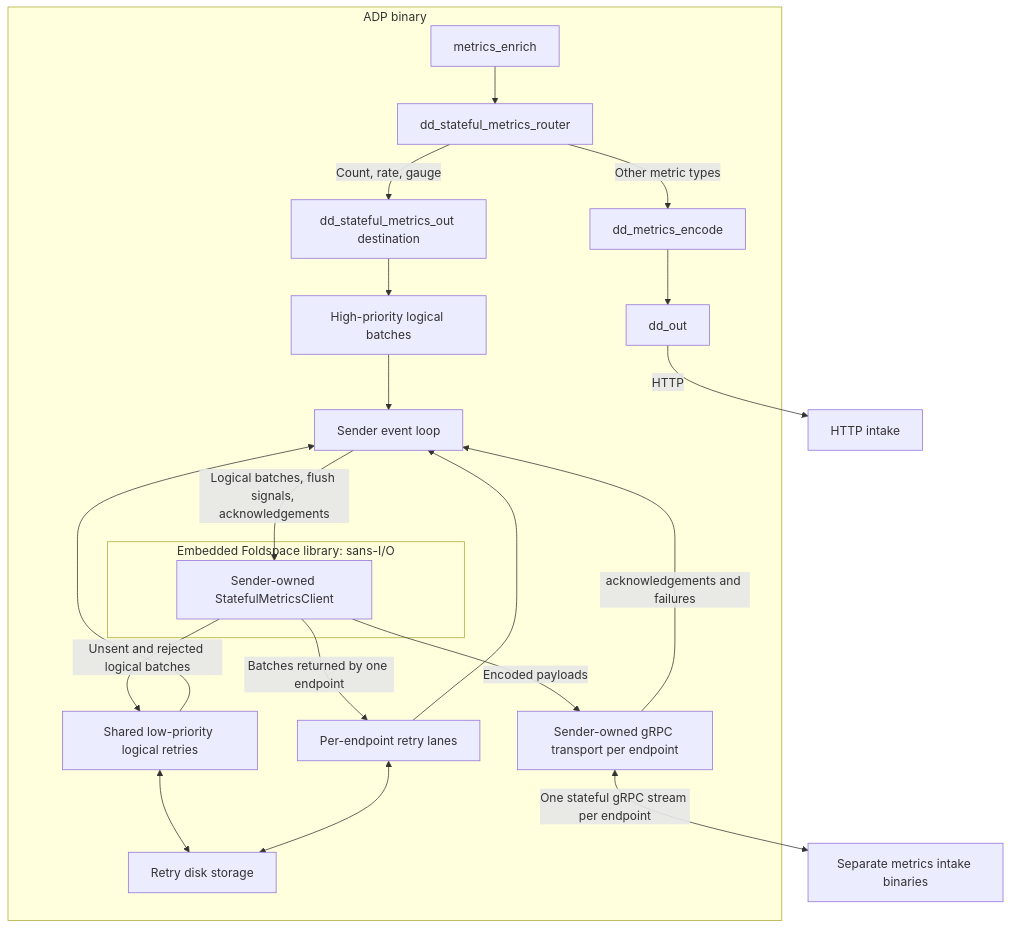
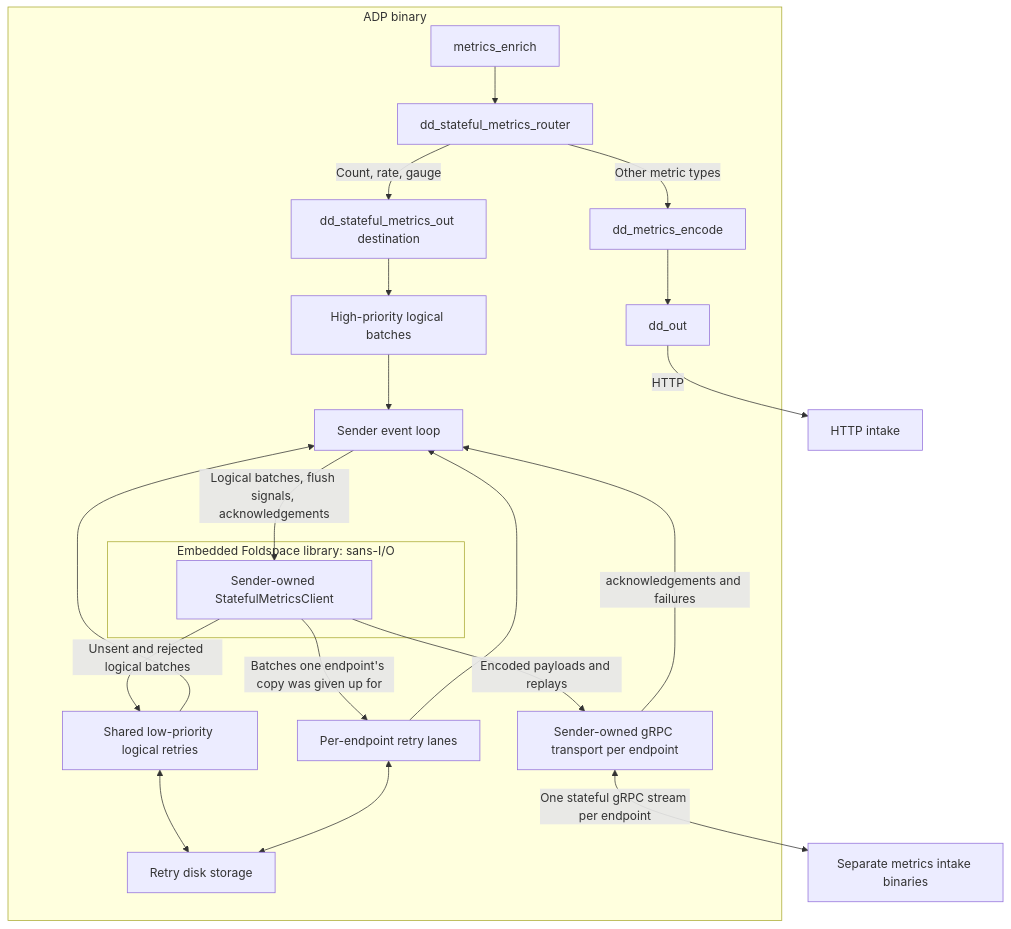
One commit to DataDog/saluki changed the diagram in docs/development/stateful-metrics.md. Above: the diagram before and after it, drawn with Mermaid. The commit also changed other lines of this file and 13 other files, not shown here.

````diff
--- a/docs/development/stateful-metrics.md
+++ b/docs/development/stateful-metrics.md
@@ -11,25 +11,25 @@
 ```mermaid
 flowchart TB
     subgraph ADP[ADP binary]
         Enrich[metrics_enrich] --> Route[dd_stateful_metrics_router]
         Route -->|Count, rate, gauge| Sender[dd_stateful_metrics_out destination]
         Route -->|Other metric types| Encode[dd_metrics_encode]
         Encode --> Out[dd_out]
         Sender --> High[High-priority logical batches]
         High --> Worker[Sender event loop]
         Low[Shared low-priority logical retries] --> Worker
         Lanes[Per-endpoint retry lanes] --> Worker
         Low <--> Disk[Retry disk storage]
         Lanes <--> Disk
         subgraph Foldspace[Embedded Foldspace library: sans-I/O]
             Core[Sender-owned StatefulMetricsClient]
         end
         Worker -->|Logical batches, flush signals, acknowledgements| Core
-        Core -->|Encoded payloads| Transport[Sender-owned gRPC transport per endpoint]
+        Core -->|Encoded payloads and replays| Transport[Sender-owned gRPC transport per endpoint]
         Transport -->|acknowledgements and failures| Worker
         Core -->|Unsent and rejected logical batches| Low
-        Core -->|Batches returned by one endpoint| Lanes
+        Core -->|Batches one endpoint's copy was given up for| Lanes
     end
     Transport <-->|One stateful gRPC stream per endpoint| Intake[Separate metrics intake binaries]
     Out -->|HTTP| HTTP[HTTP intake]
 ```
````
